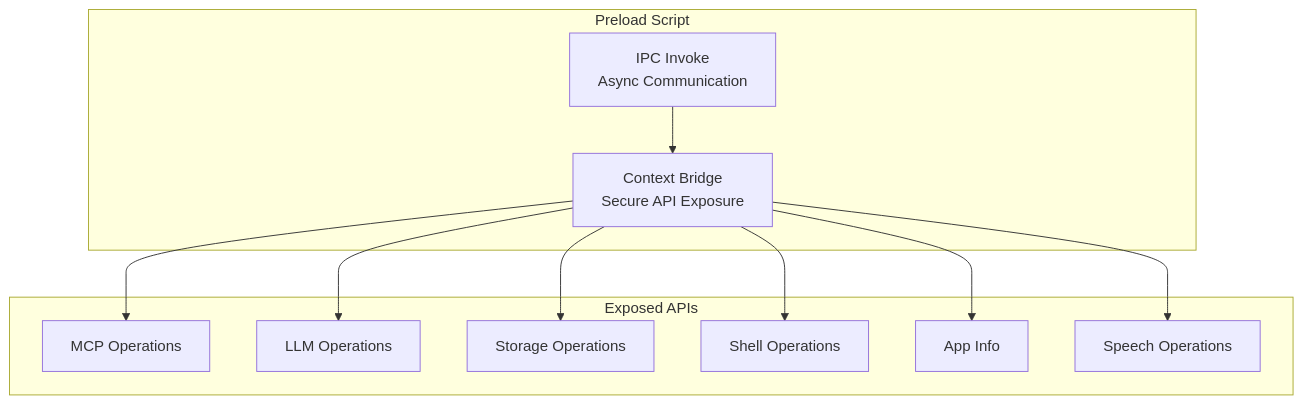
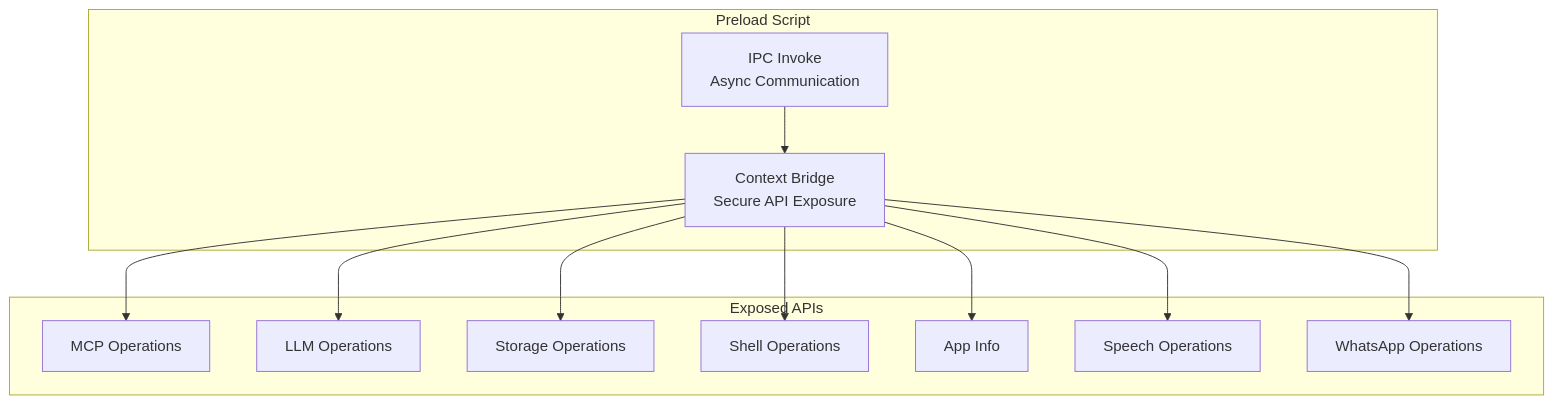
Before and after one commit to meharajM/ai-worker.app: the third of 33 diagrams in architecture.md, drawn with Mermaid. The commit also changed other lines of this file and 9 other files, not shown here.

````diff
--- a/architecture.md
+++ b/architecture.md
@@ -113,24 +116,26 @@
 ```mermaid
 graph TB
     subgraph "Preload Script"
         ContextBridge[Context Bridge<br/>Secure API Exposure]
         IPCInvoke[IPC Invoke<br/>Async Communication]
     end
 
     subgraph "Exposed APIs"
         MCPAPI[MCP Operations]
         LLMAPI[LLM Operations]
         StoreAPI[Storage Operations]
         ShellAPI[Shell Operations]
         AppAPI[App Info]
         SpeechAPI[Speech Operations]
+        WhatsAppAPI[WhatsApp Operations]
     end
 
     ContextBridge --> MCPAPI
     ContextBridge --> LLMAPI
     ContextBridge --> StoreAPI
     ContextBridge --> ShellAPI
     ContextBridge --> AppAPI
     ContextBridge --> SpeechAPI
+    ContextBridge --> WhatsAppAPI
     IPCInvoke --> ContextBridge
 ```
````
